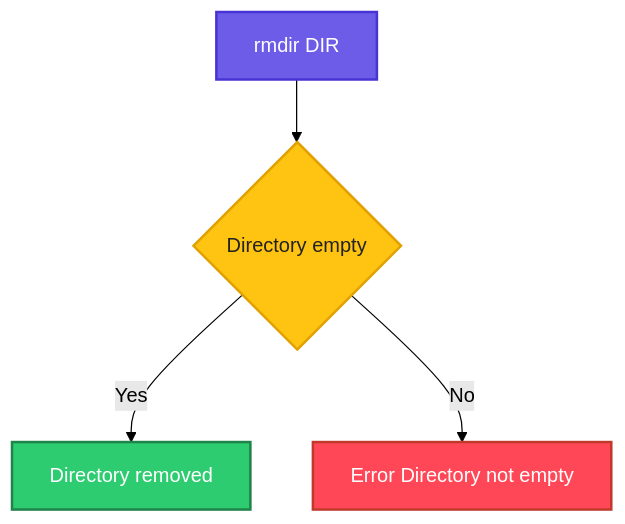
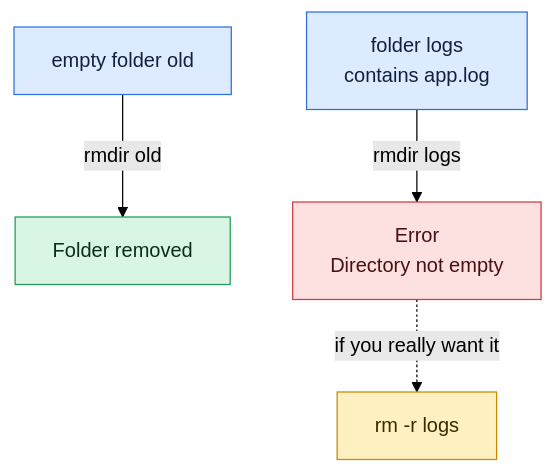
Before and after one commit to codeKerdosTech/DevOps-Documentation: the diagram in linux/file-management/rmdir.md, drawn with Mermaid (forest theme). The commit also changed other lines of this file and 165 other files, not shown here.

Commit message:
updated diagrams in linux

````diff
--- a/linux/file-management/rmdir.md
+++ b/linux/file-management/rmdir.md
@@ -14,17 +14,15 @@
 ```mermaid
 flowchart TD
-    A[rmdir DIR] --> B{Directory empty}
-    B -->|Yes| C[Directory removed]
-    B -->|No| D[Error Directory not empty]
-    classDef start fill:#6C5CE7,stroke:#4834D4,stroke-width:2px,color:#fff
-    classDef proc fill:#00B8D9,stroke:#0087A8,stroke-width:2px,color:#fff
-    classDef dec fill:#FFC312,stroke:#E1A100,stroke-width:2px,color:#222
-    classDef ok fill:#2ECC71,stroke:#1E8449,stroke-width:2px,color:#fff
-    classDef err fill:#FF4757,stroke:#C0392B,stroke-width:2px,color:#fff
-    classDef out fill:#FD79A8,stroke:#E84393,stroke-width:2px,color:#fff
-    classDef alt fill:#FF9F43,stroke:#E67E22,stroke-width:2px,color:#fff
-    class A start
-    class B dec
-    class C ok
-    class D err
+    i1[empty folder old] -->|rmdir old| o1[Folder removed]
+    i2[folder logs<br/>contains app.log] -->|rmdir logs| x1[Error<br/>Directory not empty]
+    x1 -.->|if you really want it| c1[rm -r logs]
+    classDef inp fill:#DCEBFF,stroke:#2F6FDE,color:#10213F
+    classDef cmd fill:#FFF0C2,stroke:#C98A00,color:#3A2A00
+    classDef out fill:#D9F5E3,stroke:#1F9D55,color:#0B2E1A
+    classDef bad fill:#FDE0E0,stroke:#D13B3B,color:#4A0F0F
+    classDef note fill:#ECEFF3,stroke:#7B8794,color:#1F2933
+    class i1,i2 inp
+    class o1 out
+    class x1 bad
+    class c1 cmd
 ```
````
